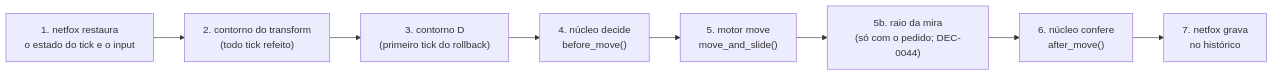
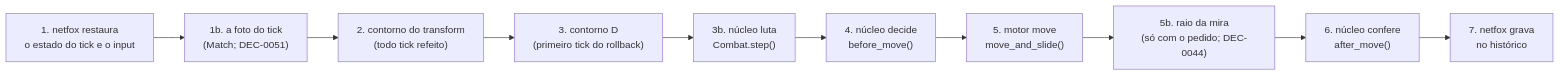
Before and after one commit to Kibryant/jogo-acrobatico: the third of 5 diagrams in docs/arquitetura/visao-geral.md, drawn with Mermaid. The commit also changed other lines of this file and 13 other files, not shown here.

````diff
--- a/docs/arquitetura/visao-geral.md
+++ b/docs/arquitetura/visao-geral.md
@@ -103,10 +103,12 @@
 ```mermaid
 flowchart LR
-  r["1. netfox restaura<br/>o estado do tick e o input"] --> t["2. contorno do transform<br/>(todo tick refeito)"]
+  r["1. netfox restaura<br/>o estado do tick e o input"] --> f["1b. a foto do tick<br/>(Match; DEC-0051)"]
+  f --> t["2. contorno do transform<br/>(todo tick refeito)"]
   t --> d["3. contorno D<br/>(primeiro tick do rollback)"]
-  d --> b["4. núcleo decide<br/>before_move()"]
+  d --> c["3b. núcleo luta<br/>Combat.step()"]
+  c --> b["4. núcleo decide<br/>before_move()"]
   b --> m["5. motor move<br/>move_and_slide()"]
   m --> raio["5b. raio da mira<br/>(só com o pedido; DEC-0044)"]
   raio --> a["6. núcleo confere<br/>after_move()"]
   a --> g["7. netfox grava<br/>no histórico"]
 ```
````
